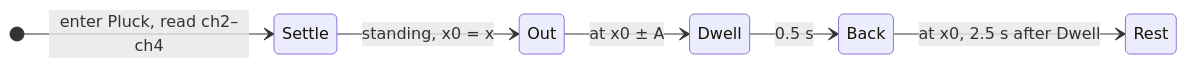
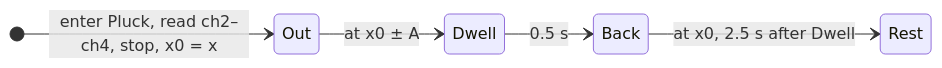
The second of 2 diagrams in CONTROL_LOOP.md (kjkoster/tensegrity-open-claw), drawn with Mermaid before and after one commit. The commit also changed other lines of this file and 4 other files, not shown here.

````diff
--- a/CONTROL_LOOP.md
+++ b/CONTROL_LOOP.md
@@ -101,9 +102,8 @@
 ```mermaid
 stateDiagram-v2
     direction LR
-    [*] --> Settle : enter Pluck, read ch2–ch4
-    Settle --> Out : standing, x0 = x
+    [*] --> Out : enter Pluck, read ch2–ch4, stop, x0 = x
     Out --> Dwell : at x0 ± A
     Dwell --> Back : 0.5 s
     Back --> Rest : at x0, 2.5 s after Dwell
 ```
````
